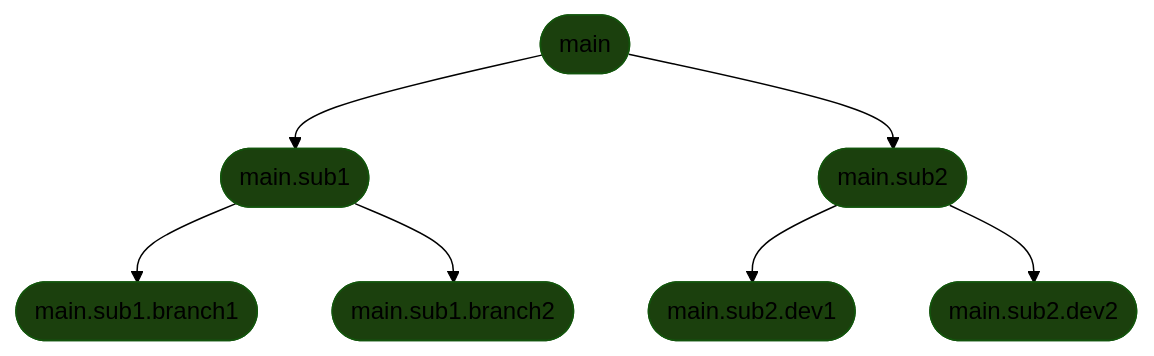
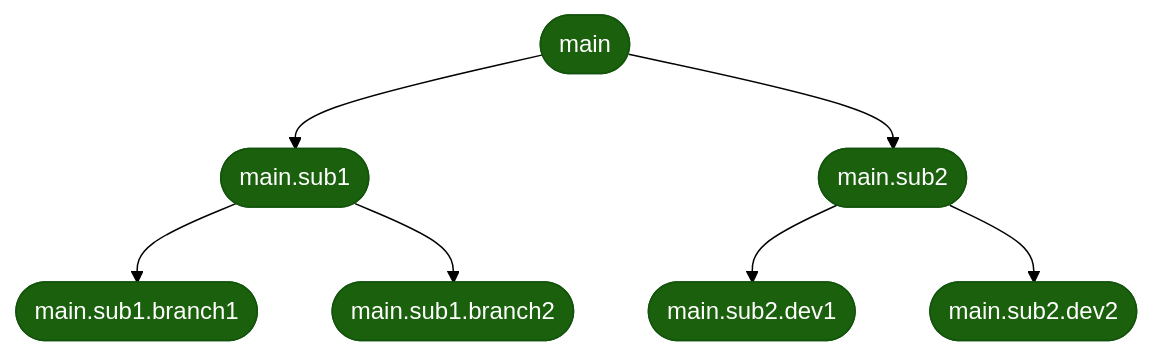
One commit to RogelioKG/Python-Module-Notes changed the diagram in Debugging/S(logging)/README.md. Above: the diagram before and after it, drawn with Mermaid (forest theme).

````diff
--- a/Debugging/S(logging)/README.md
+++ b/Debugging/S(logging)/README.md
@@ -91,19 +91,19 @@
-  ```mermaid
-  flowchart TD
-      1(["main.sub1.branch1"])
-      2(["main.sub1"])
-      3(["main.sub1.branch2"])
-      4(["main"])
-      5(["main.sub2.dev1"])
-      6(["main.sub2"])
-      7(["main.sub2.dev2"])
+    ```mermaid
+    flowchart TD
+        1(["main.sub1.branch1"])
+        2(["main.sub1"])
+        3(["main.sub1.branch2"])
+        4(["main"])
+        5(["main.sub2.dev1"])
+        6(["main.sub2"])
+        7(["main.sub2.dev2"])
 
-      4 --> 2 & 6
-      2 --> 1 & 3
-      6 --> 5 & 7
+        4 --> 2 & 6
+        2 --> 1 & 3
+        6 --> 5 & 7
 
-      classDef Green fill:#1b400d
-      class 1,2,3,4,5,6,7,8,9 Green
-      classDef white color:#e3e3e3
-      class 1,2,3,4,5,6,7,8,9 White
-  ```
+        classDef Green fill:#1B600D
+        class 1,2,3,4,5,6,7,8,9 Green
+        classDef White color:#ffffff
+        class 1,2,3,4,5,6,7,8,9 White
+    ```
````
